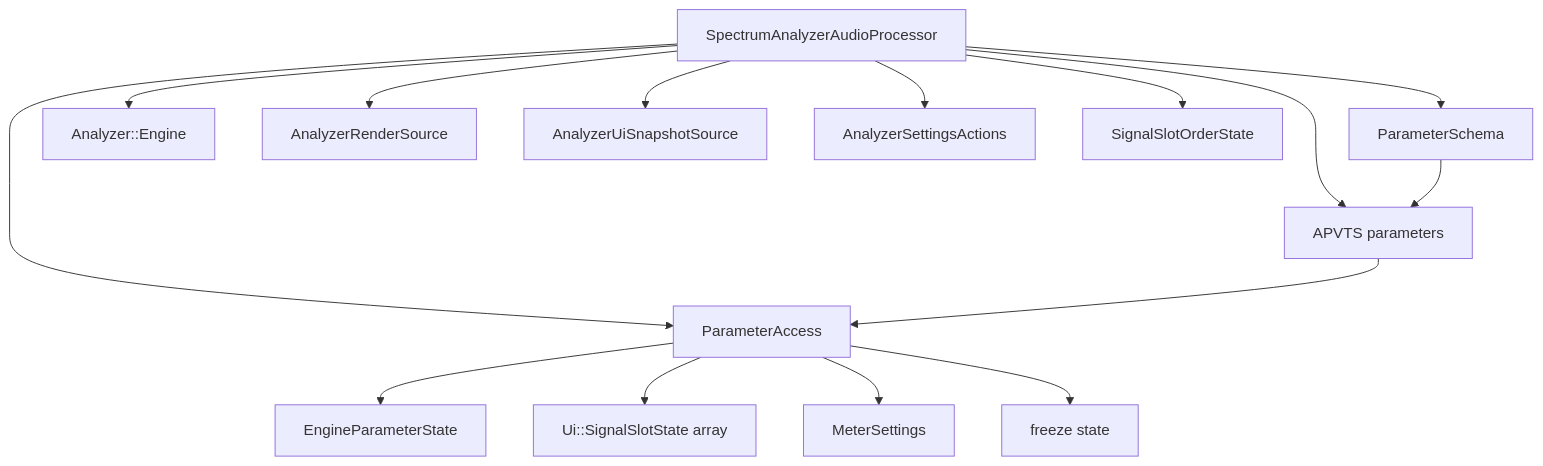
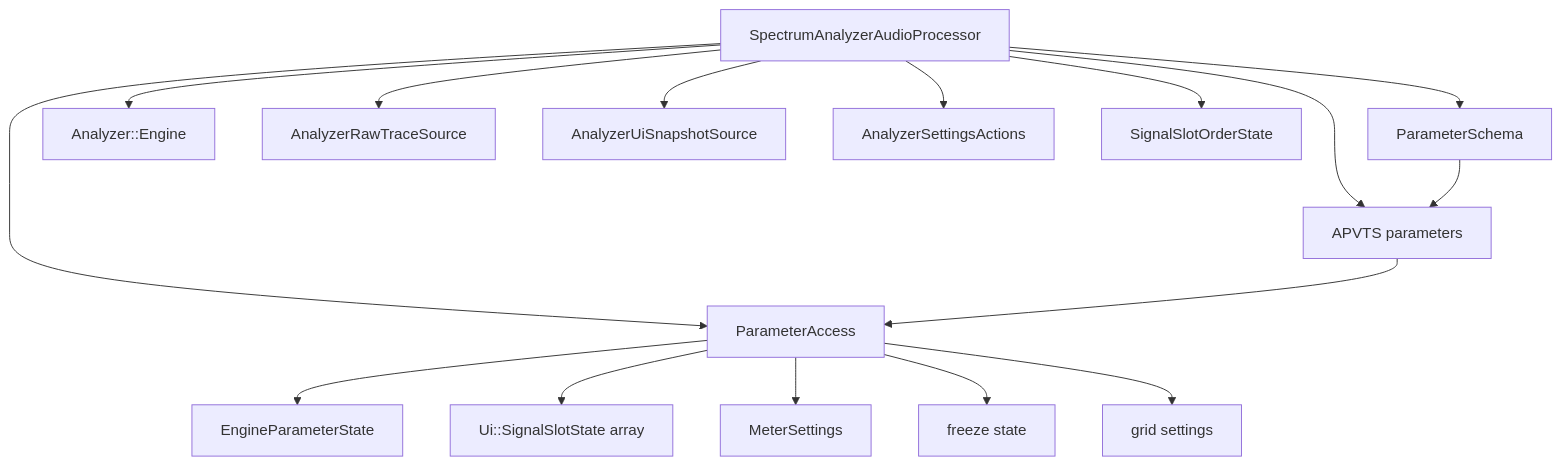
One commit to Silenterc/Band-Spectrum-Analyzer changed the second of 7 diagrams in docs/audio-processing-architecture.md. Above: the diagram before and after it, drawn with Mermaid. The commit also changed other lines of this file and 173 other files, not shown here.

````diff
--- a/docs/audio-processing-architecture.md
+++ b/docs/audio-processing-architecture.md
@@ -28,18 +45,19 @@
 ```mermaid
 flowchart TD
     Processor[SpectrumAnalyzerAudioProcessor] --> APVTS[APVTS parameters]
     Processor --> ParamSchema[ParameterSchema]
     Processor --> ParamAccess[ParameterAccess]
     Processor --> Engine[Analyzer::Engine]
-    Processor --> RenderSource[AnalyzerRenderSource]
+    Processor --> RawTraceSource[AnalyzerRawTraceSource]
     Processor --> SnapshotSource[AnalyzerUiSnapshotSource]
     Processor --> Settings[AnalyzerSettingsActions]
     Processor --> SlotOrderState[SignalSlotOrderState]
 
     ParamSchema --> APVTS
     APVTS --> ParamAccess
     ParamAccess --> EngineParams[EngineParameterState]
     ParamAccess --> UiSlots[Ui::SignalSlotState array]
     ParamAccess --> Meter[MeterSettings]
     ParamAccess --> Freeze[freeze state]
+    ParamAccess --> Grid[grid settings]
 ```
````
